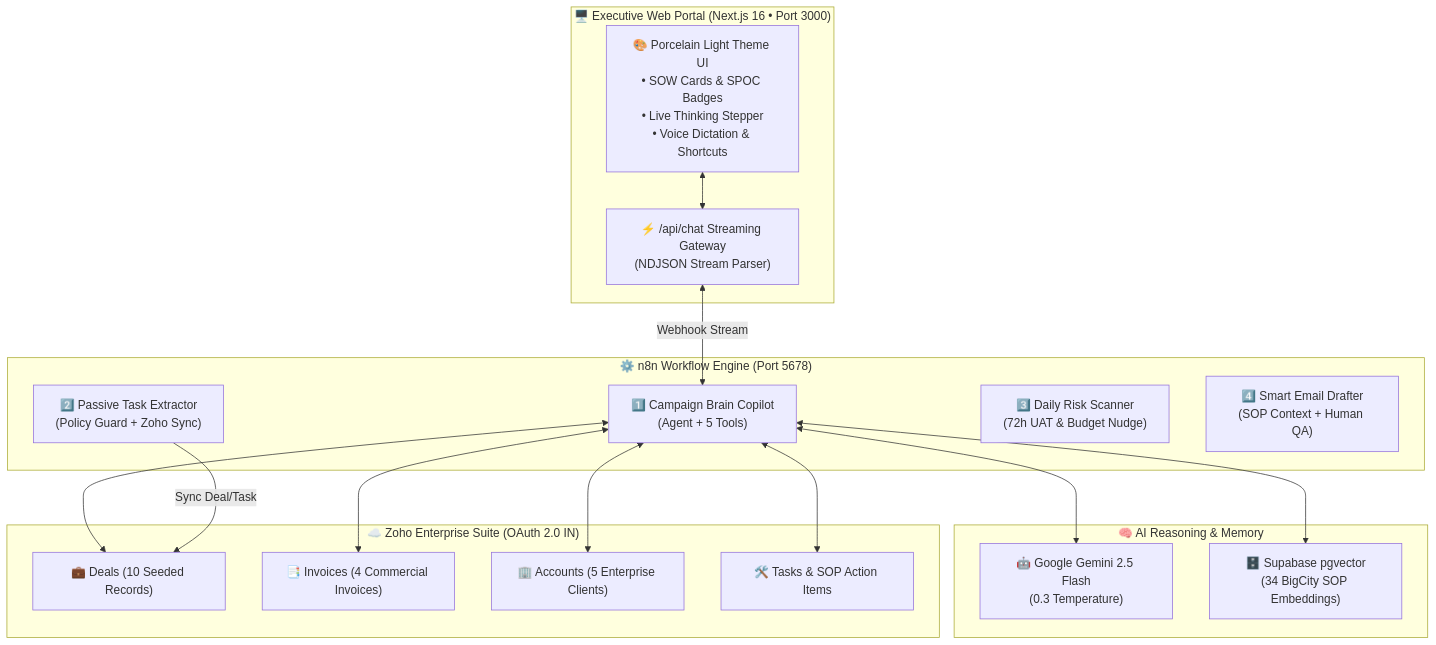
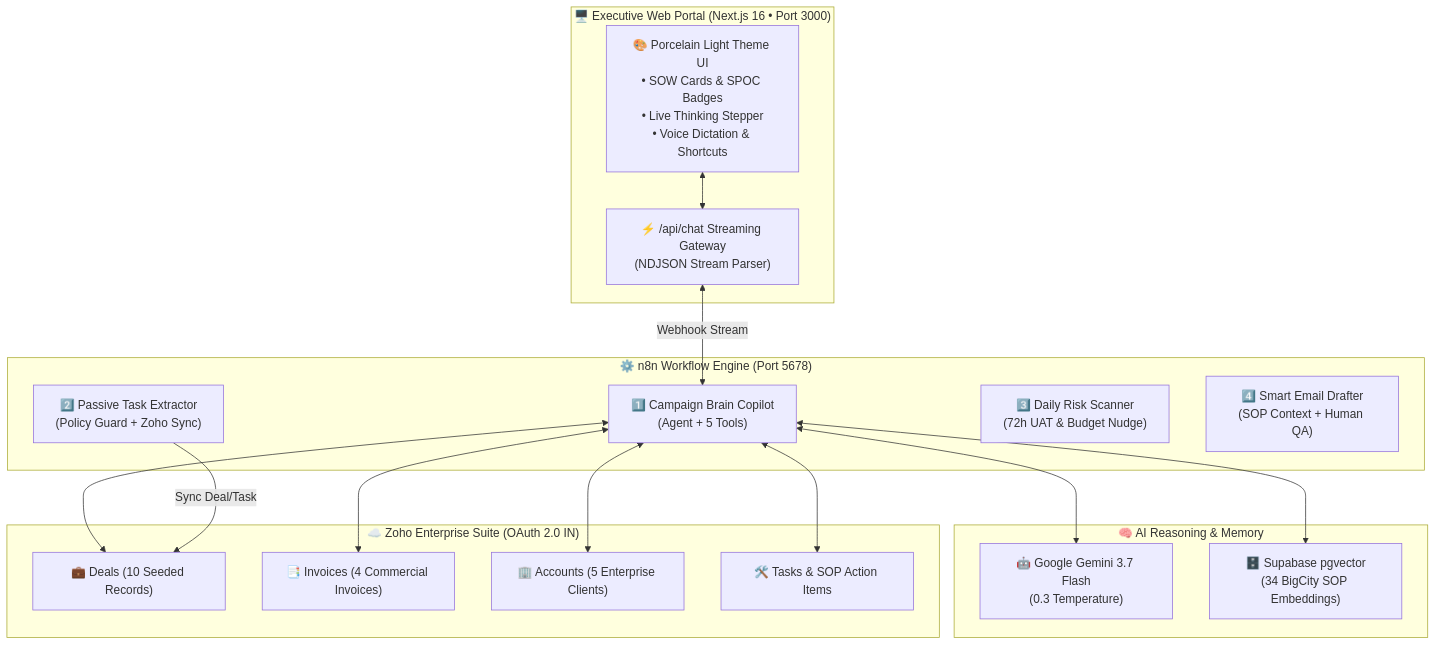
One commit to abhi-enlight/BCP-Copilot changed the diagram in README.md. Above: the diagram before and after it, drawn with Mermaid. The commit also changed other lines of this file and 11 other files, not shown here.

````diff
--- a/README.md
+++ b/README.md
@@ -11,33 +11,33 @@
 ```mermaid
 flowchart TD
     subgraph Frontend["🖥️ Executive Web Portal (Next.js 16 • Port 3000)"]
         UI["🎨 Porcelain Light Theme UI\n• SOW Cards & SPOC Badges\n• Live Thinking Stepper\n• Voice Dictation & Shortcuts"]
         API["⚡ /api/chat Streaming Gateway\n(NDJSON Stream Parser)"]
         UI <--> API
     end
 
     subgraph Orchestrator["⚙️ n8n Workflow Engine (Port 5678)"]
         W1["1️⃣ Campaign Brain Copilot\n(Agent + 5 Tools)"]
         W2["2️⃣ Passive Task Extractor\n(Policy Guard + Zoho Sync)"]
         W3["3️⃣ Daily Risk Scanner\n(72h UAT & Budget Nudge)"]
         W4["4️⃣ Smart Email Drafter\n(SOP Context + Human QA)"]
     end
 
     subgraph Intelligence["🧠 AI Reasoning & Memory"]
-        LLM["🤖 Google Gemini 2.5 Flash\n(0.3 Temperature)"]
+        LLM["🤖 Google Gemini 3.7 Flash\n(0.3 Temperature)"]
         VEC["🗄️ Supabase pgvector\n(34 BigCity SOP Embeddings)"]
     end
 
     subgraph CloudSaaS["☁️ Zoho Enterprise Suite (OAuth 2.0 IN)"]
         ZD["💼 Deals (10 Seeded Records)"]
         ZI["📑 Invoices (4 Commercial Invoices)"]
         ZA["🏢 Accounts (5 Enterprise Clients)"]
         ZT["🛠️ Tasks & SOP Action Items"]
     end
 
     API <-->|Webhook Stream| W1
     W1 <--> LLM
     W1 <--> VEC
     W1 <--> ZD & ZI & ZA & ZT
     W2 -->|Sync Deal/Task| ZD
 ```
````
